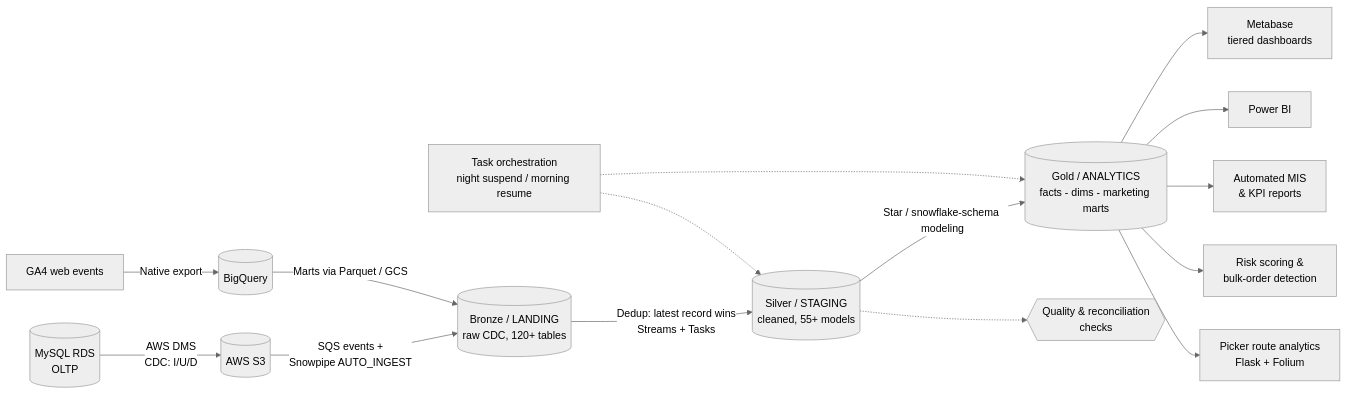
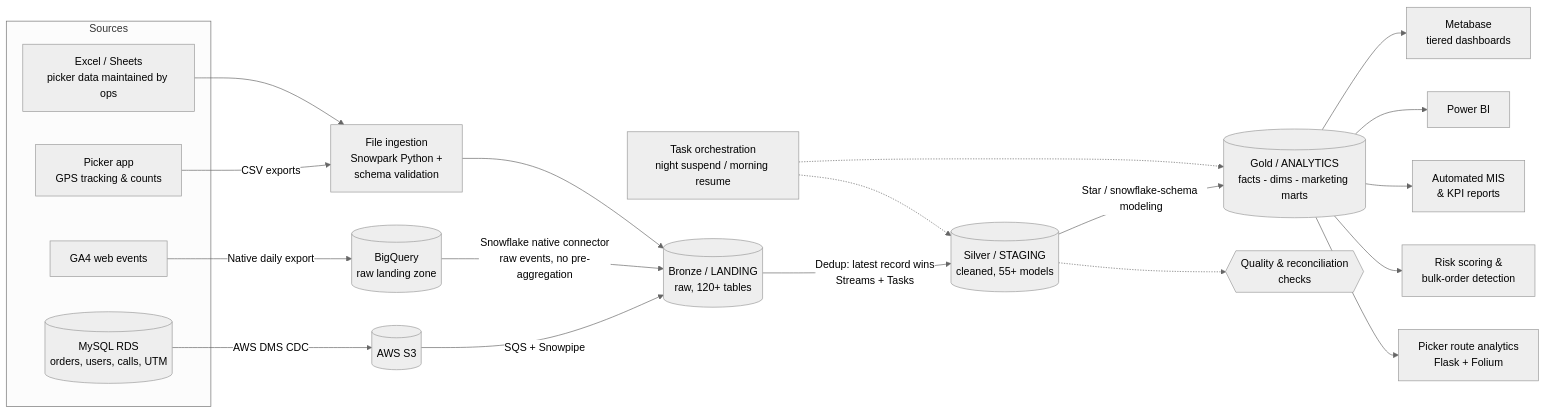
Before and after one commit to Shivam24012001/Shivam24012001: the first of 3 diagrams in README.md, drawn with Mermaid (neutral theme). The commit also changed other lines of this file, not shown here.

Commit message:
Update README with Snowpark badge and concepts
Added Snowpark badge and updated concepts to include multi-source ingestion.

````diff
--- a/README.md
+++ b/README.md
@@ -89,17 +90,28 @@
 ```mermaid
 flowchart LR
-    DB[(MySQL RDS<br/>OLTP)] -->|AWS DMS<br/>CDC: I/U/D| S3[(AWS S3)]
-    S3 -->|SQS events +<br/>Snowpipe AUTO_INGEST| B[(Bronze / LANDING<br/>raw CDC, 120+ tables)]
-    GA[GA4 web events] -->|Native export| BQ[(BigQuery)]
-    BQ -->|Marts via Parquet / GCS| B
+    subgraph SRC[Sources]
+        DB[(MySQL RDS<br/>orders, users, calls, UTM)]
+        GA[GA4 web events]
+        PK[Picker app<br/>GPS tracking & counts]
+        XL[Excel / Sheets<br/>picker data maintained by ops]
+    end
+
+    DB -->|AWS DMS CDC| S3[(AWS S3)]
+    S3 -->|SQS + Snowpipe| B[(Bronze / LANDING<br/>raw, 120+ tables)]
+    GA -->|Native daily export| BQ[(BigQuery<br/>raw landing zone)]
+    BQ -->|Snowflake native connector<br/>raw events, no pre-aggregation| B
+    PK -->|CSV exports| F[File ingestion<br/>Snowpark Python +<br/>schema validation]
+    XL --> F
+    F --> B
+
     B -->|Dedup: latest record wins<br/>Streams + Tasks| C[(Silver / STAGING<br/>cleaned, 55+ models)]
     C -->|Star / snowflake-schema modeling| D[(Gold / ANALYTICS<br/>facts - dims - marketing marts)]
     C -.-> Q{{Quality & reconciliation<br/>checks}}
     O[Task orchestration<br/>night suspend / morning resume] -.-> C
     O -.-> D
     D --> E[Metabase<br/>tiered dashboards]
-    D --> F[Power BI]
+    D --> F2[Power BI]
     D --> G[Automated MIS<br/>& KPI reports]
     D --> H[Risk scoring &<br/>bulk-order detection]
     D --> I[Picker route analytics<br/>Flask + Folium]
 ```
````
